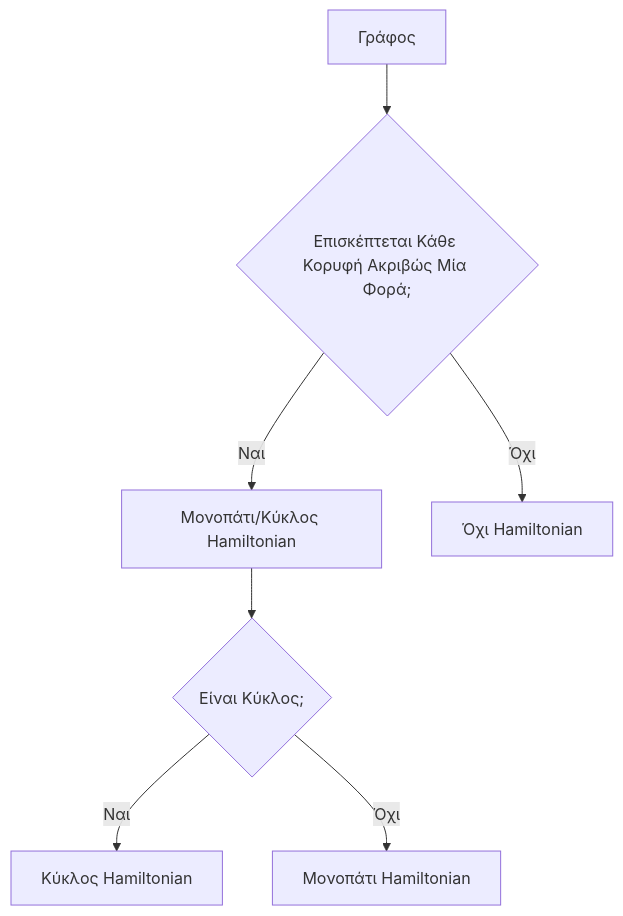
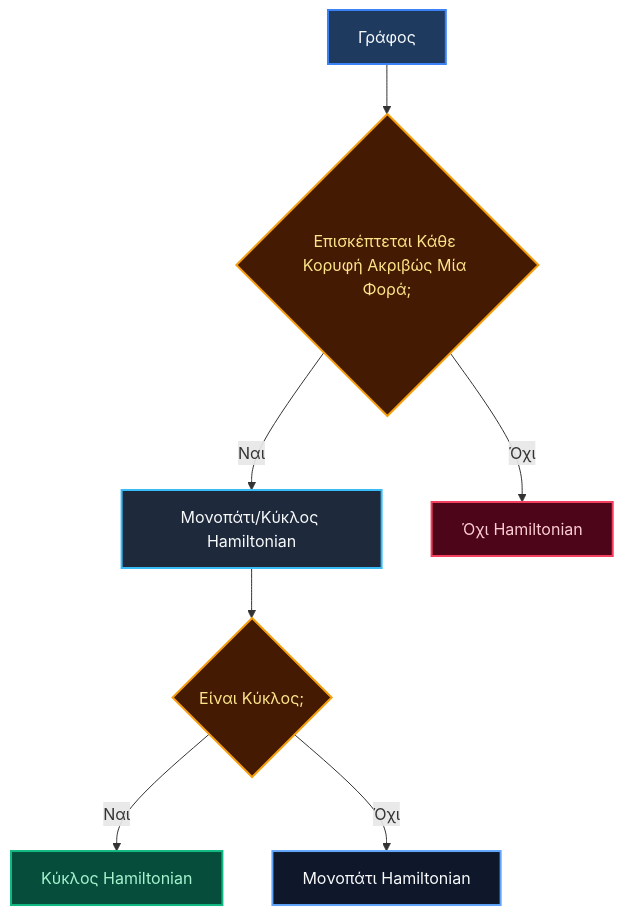
Before and after one commit to PanagopoulosNikolaos/DitOpenNotes: the fifth of 7 diagrams in Year_1/Semester_2/DISCRETE_MATHEMATICS/Resources/Notes/06_graph_theory.md, drawn with Mermaid. The commit also changed other lines of this file and 6 other files, not shown here.

````diff
--- a/Year_1/Semester_2/DISCRETE_MATHEMATICS/Resources/Notes/06_graph_theory.md
+++ b/Year_1/Semester_2/DISCRETE_MATHEMATICS/Resources/Notes/06_graph_theory.md
@@ -114,9 +147,17 @@
 ```mermaid
 graph TD
-    A[Γράφος] --> B{Επισκέπτεται Κάθε Κορυφή Ακριβώς Μία Φορά;}
-    B -->|Ναι| C[Μονοπάτι/Κύκλος Hamiltonian]
-    B -->|Όχι| D[Όχι Hamiltonian]
-    C --> E{Είναι Κύκλος;}
-    E -->|Ναι| F[Κύκλος Hamiltonian]
-    E -->|Όχι| G[Μονοπάτι Hamiltonian]
+    A["Γράφος"] --> B{"Επισκέπτεται Κάθε Κορυφή Ακριβώς Μία Φορά;"}
+    B -->|Ναι| C["Μονοπάτι/Κύκλος Hamiltonian"]
+    B -->|Όχι| D["Όχι Hamiltonian"]
+    C --> E{"Είναι Κύκλος;"}
+    E -->|Ναι| F["Κύκλος Hamiltonian"]
+    E -->|Όχι| G["Μονοπάτι Hamiltonian"]
+
+    style A fill:#1e3a5f,stroke:#3b82f6,stroke-width:2px,color:#f8fafc
+    style B fill:#451a03,stroke:#f59e0b,stroke-width:2px,color:#fde68a
+    style C fill:#1e293b,stroke:#38bdf8,stroke-width:2px,color:#f8fafc
+    style D fill:#4c0519,stroke:#f43f5e,stroke-width:2px,color:#fecdd3
+    style E fill:#451a03,stroke:#f59e0b,stroke-width:2px,color:#fde68a
+    style F fill:#064e3b,stroke:#10b981,stroke-width:2px,color:#a7f3d0
+    style G fill:#0f172a,stroke:#60a5fa,stroke-width:2px,color:#f8fafc
 ```
````
